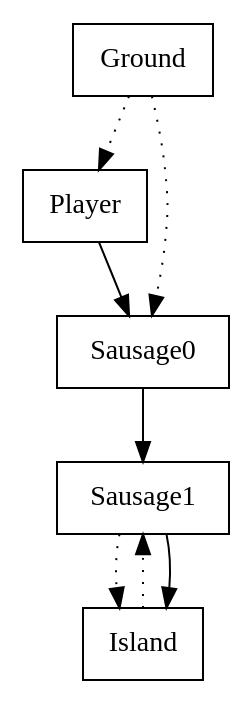
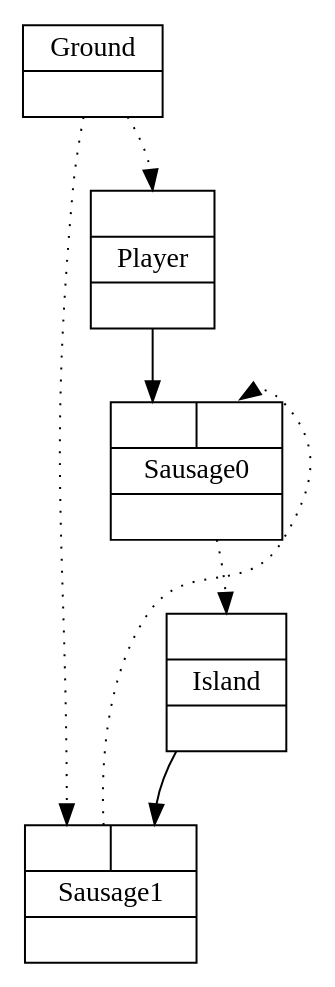
The diagram in output/graph_1.gv (increpare/AbstractPropagationSim), drawn with Graphviz before and after one commit. The commit also changed 12 other files, not shown here.

```diff
--- a/output/graph_1.gv
+++ b/output/graph_1.gv
@@ -1,10 +1,34 @@
 digraph G {
 node [shape=record];
-	"Ground" -> "Player" [style=dotted];
-	"Player" -> "Sausage0";
-	"Ground" -> "Sausage0" [style=dotted];
-	"Sausage0" -> "Sausage1";
-	"Island" -> "Sausage1" [style=dotted];
-	"Sausage1" -> "Island" [style=dotted];
-	"Sausage1" -> "Island";
+Player[ label ="{{<GroundP>}|{Player}|<PlayerOUT>}"];
+Ground[ label ="{{Ground}|<GroundOUT>}"];
+Player[ label ="{{<GroundP>}|{Player}|<PlayerOUT>}"];
+Ground[ label ="{{Ground}|<GroundOUT>}"];
+Player[ label ="{{<GroundP>}|{Player}|<PlayerOUT>}"];
+Player[ label ="{{<GroundP>}|{Player}|<PlayerOUT>}"];
+Sausage0[ label ="{{<Player>|<Sausage1P>}|{Sausage0}|<Sausage0OUT>}"];
+Ground[ label ="{{Ground}|<GroundOUT>}"];
+Player[ label ="{{<GroundP>}|{Player}|<PlayerOUT>}"];
+Ground[ label ="{{Ground}|<GroundOUT>}"];
+Player[ label ="{{<GroundP>}|{Player}|<PlayerOUT>}"];
+Sausage1[ label ="{{<GroundP>|<Island>}|{Sausage1}|<Sausage1OUT>}"];
+Sausage0[ label ="{{<Player>|<Sausage1P>}|{Sausage0}|<Sausage0OUT>}"];
+Sausage0[ label ="{{<Player>|<Sausage1P>}|{Sausage0}|<Sausage0OUT>}"];
+Island[ label ="{{<Sausage0P>}|{Island}|<IslandOUT>}"];
+Ground[ label ="{{Ground}|<GroundOUT>}"];
+Sausage1[ label ="{{<GroundP>|<Island>}|{Sausage1}|<Sausage1OUT>}"];
+Sausage1[ label ="{{<GroundP>|<Island>}|{Sausage1}|<Sausage1OUT>}"];
+Sausage0[ label ="{{<Player>|<Sausage1P>}|{Sausage0}|<Sausage0OUT>}"];
+Sausage0[ label ="{{<Player>|<Sausage1P>}|{Sausage0}|<Sausage0OUT>}"];
+Island[ label ="{{<Sausage0P>}|{Island}|<IslandOUT>}"];
+Island[ label ="{{<Sausage0P>}|{Island}|<IslandOUT>}"];
+Sausage1[ label ="{{<GroundP>|<Island>}|{Sausage1}|<Sausage1OUT>}"];
+Ground[ label ="{{Ground}|<GroundOUT>}"];
+Sausage1[ label ="{{<GroundP>|<Island>}|{Sausage1}|<Sausage1OUT>}"];
+	"Ground" -> "Player":GroundP [style=dotted];
+	"Player" -> "Sausage0":Player;
+	"Sausage1" -> "Sausage0":Sausage1P [style=dotted];
+	"Sausage0" -> "Island":Sausage0P [style=dotted];
+	"Ground" -> "Sausage1":GroundP [style=dotted];
+	"Island" -> "Sausage1":Island;
 }
```
